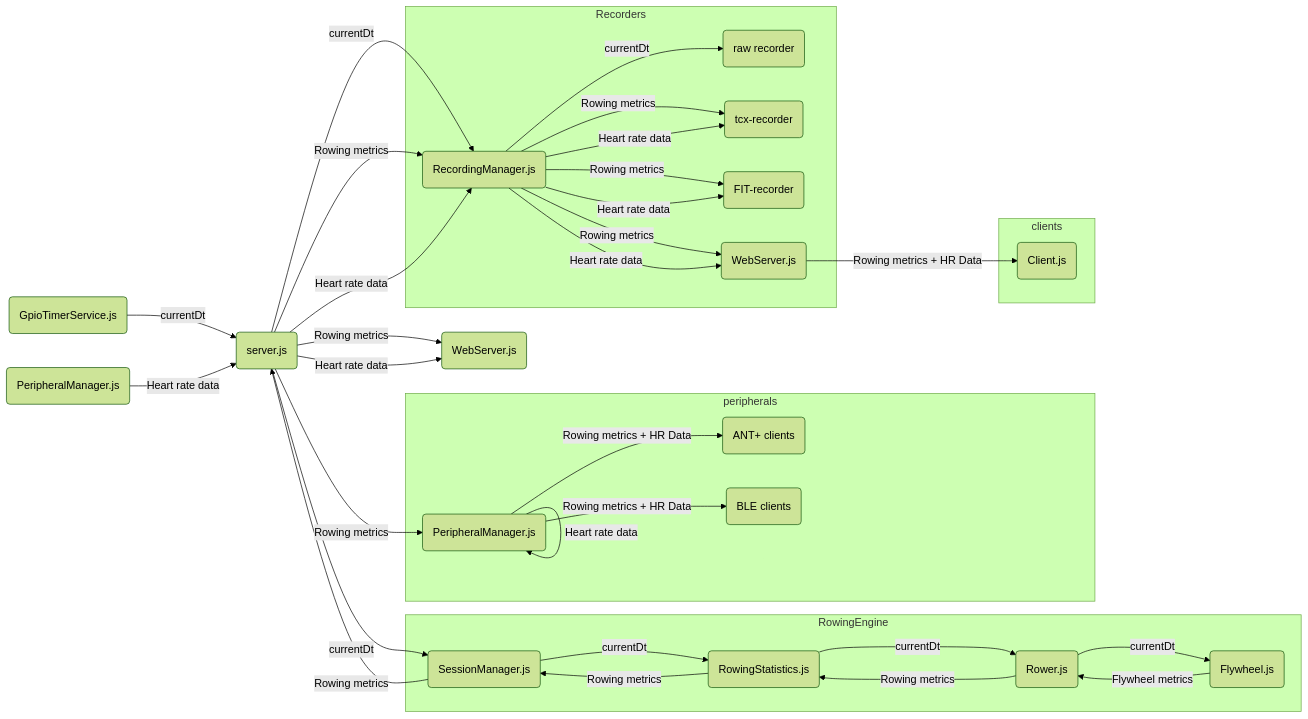
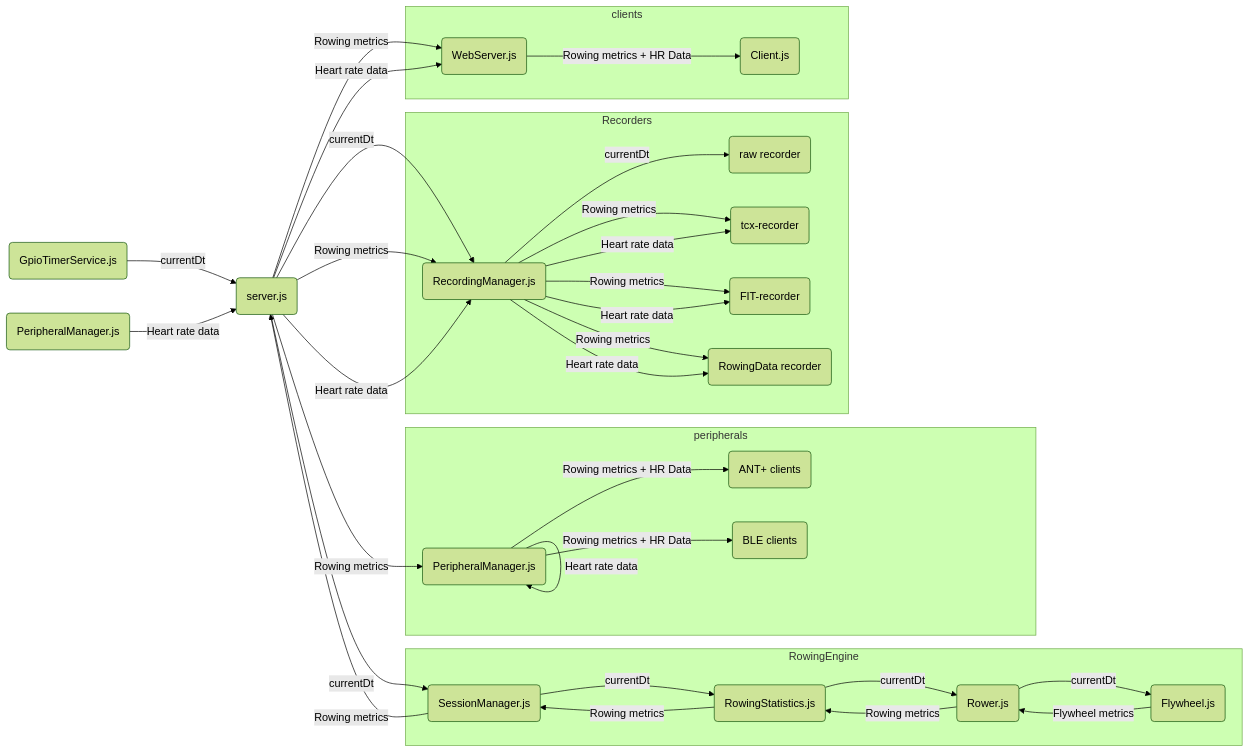
One commit to LauraVEkris/openrowingmonitor changed the first of 6 diagrams in docs/Architecture.md. Above: the diagram before and after it, drawn with Mermaid (forest theme).

````diff
--- a/docs/Architecture.md
+++ b/docs/Architecture.md
@@ -20,38 +20,38 @@
 ```mermaid
 flowchart LR
 A(GpioTimerService.js) -->|currentDt| B(server.js)
 B(server.js) -->|currentDt| D(SessionManager.js)
 subgraph RowingEngine
   D(SessionManager.js) -->|currentDt| N(RowingStatistics.js)
   N(RowingStatistics.js) -->|currentDt| O(Rower.js)
   O(Rower.js) -->|currentDt| P(Flywheel.js)
   P(Flywheel.js) -->|Flywheel metrics| O(Rower.js)
   O(Rower.js) -->|Rowing metrics| N(RowingStatistics.js)
   N(RowingStatistics.js) -->|Rowing metrics| D(SessionManager.js)
 end
 D(SessionManager.js) -->|Rowing metrics| B(server.js)
 B(server.js) -->|Rowing metrics| E(PeripheralManager.js)
 C(PeripheralManager.js) -->|Heart rate data| B(server.js)
 E(PeripheralManager.js) -->|Heart rate data| E(PeripheralManager.js)
 subgraph peripherals
   E(PeripheralManager.js) -->|Rowing metrics + HR Data| F(ANT+ clients)
   E(PeripheralManager.js) -->|Rowing metrics + HR Data| G(BLE clients)
 end
 B(server.js) -->|currentDt| H(RecordingManager.js)
 B(server.js) -->|Rowing metrics| H(RecordingManager.js)
 B(server.js) -->|Heart rate data| H(RecordingManager.js)
 subgraph Recorders
   H(RecordingManager.js) -->|currentDt| I(raw recorder)
   H(RecordingManager.js) -->|Rowing metrics| J(tcx-recorder)
   H(RecordingManager.js) -->|Heart rate data| J(tcx-recorder)
   H(RecordingManager.js) -->|Rowing metrics| K(FIT-recorder)
   H(RecordingManager.js) -->|Heart rate data| K(FIT-recorder)
   H(RecordingManager.js) -->|Rowing metrics| L(RowingData recorder)
   H(RecordingManager.js) -->|Heart rate data| L(RowingData recorder)
 end
 B(server.js) -->|Rowing metrics| M(WebServer.js)
 B(server.js) -->|Heart rate data| M(WebServer.js)
 subgraph clients
-  L(WebServer.js) -->|Rowing metrics + HR Data| Q(Client.js)
+  M(WebServer.js) -->|Rowing metrics + HR Data| Q(Client.js)
 end
 ```
````
